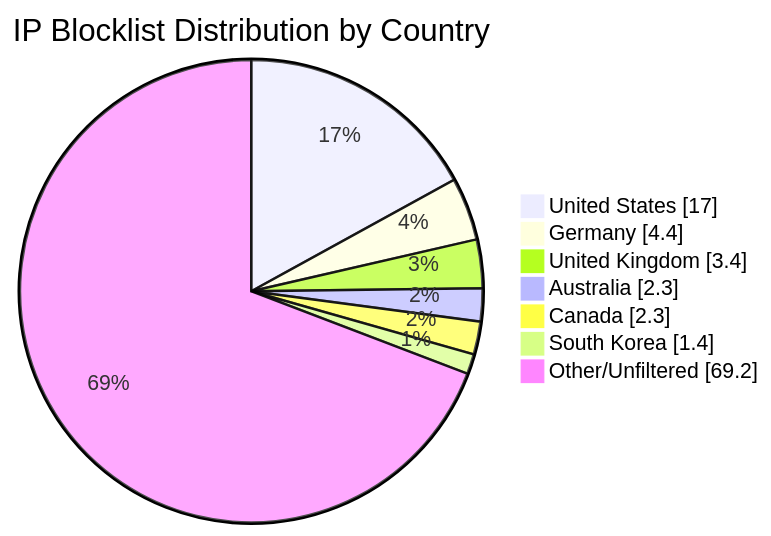
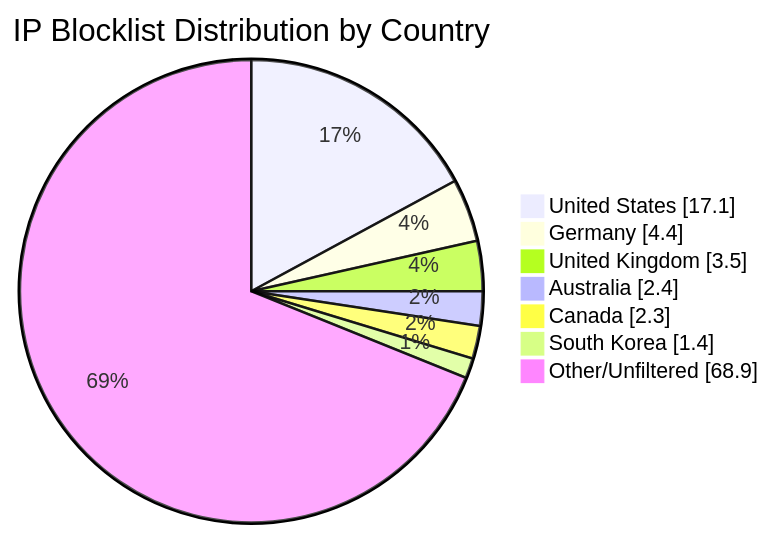
One commit to MarcusHoltz/ipblocklist-geofiltered-aggregator changed the diagram in README.md. Above: the diagram before and after it, drawn with Mermaid. The commit also changed other lines of this file and 9 other files, not shown here.

````diff
--- a/README.md
+++ b/README.md
@@ -34,10 +34,10 @@
 ```mermaid
 pie showData title IP Blocklist Distribution by Country
-"United States" : 17.0
+"United States" : 17.1
 "Germany" : 4.4
-"United Kingdom" : 3.4
-"Australia" : 2.3
+"United Kingdom" : 3.5
+"Australia" : 2.4
 "Canada" : 2.3
 "South Korea" : 1.4
-"Other/Unfiltered" : 69.2
+"Other/Unfiltered" : 68.9
 ```
````
